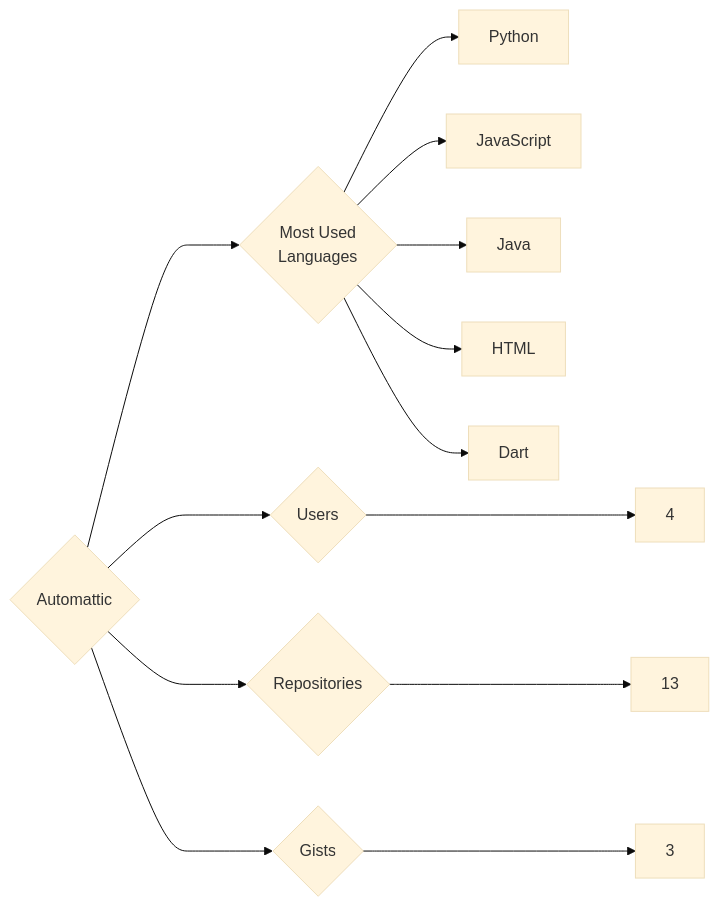
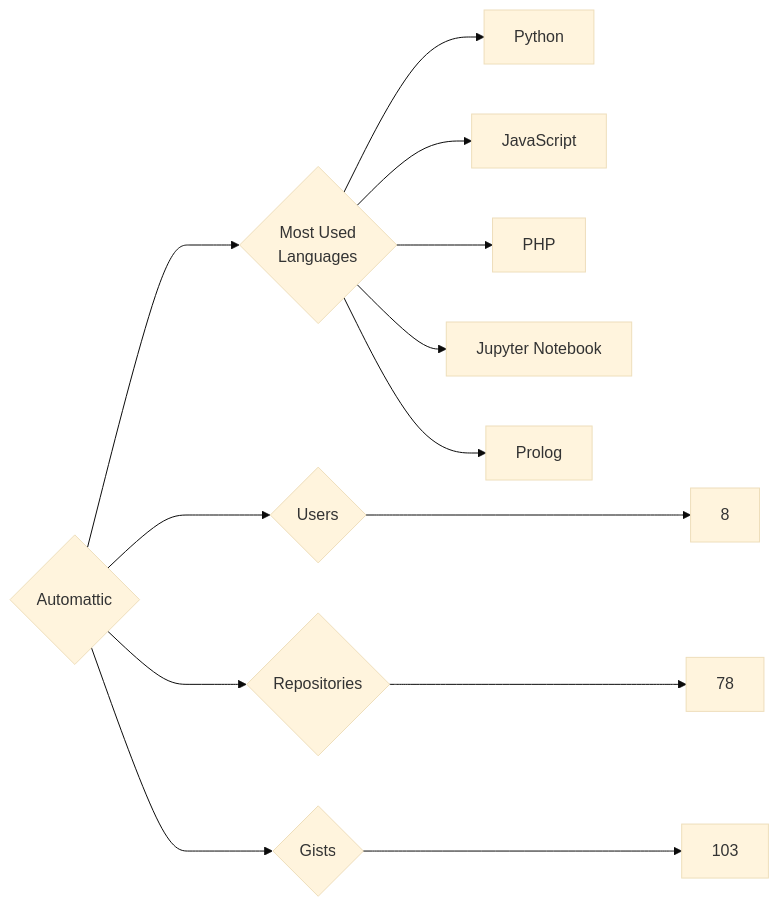
Before and after one commit to trickest/insiders: the diagram in targets/Automattic/README.md, drawn with Mermaid (base theme). The commit also changed 611 other files, not shown here.

````diff
--- a/targets/Automattic/README.md
+++ b/targets/Automattic/README.md
@@ -3,13 +3,13 @@
 ```mermaid
 graph LR
 COMPANY_NAME{Automattic}
-COMPANY_NAME ---> U{Users} ---> UN[4]
-COMPANY_NAME ---> R{Repositories} ---> RN[13]
-COMPANY_NAME ---> G{Gists} ---> GN[3]
+COMPANY_NAME ---> U{Users} ---> UN[8]
+COMPANY_NAME ---> R{Repositories} ---> RN[78]
+COMPANY_NAME ---> G{Gists} ---> GN[103]
 COMPANY_NAME ---> ML{Most Used<br>Languages}
 ML --> Python[Python]
 ML --> JavaScript[JavaScript]
-ML --> Java[Java]
-ML --> HTML[HTML]
-ML --> Dart[Dart]
+ML --> PHP[PHP]
+ML --> Jupyter_Notebook[Jupyter Notebook]
+ML --> Prolog[Prolog]
 ```
````
